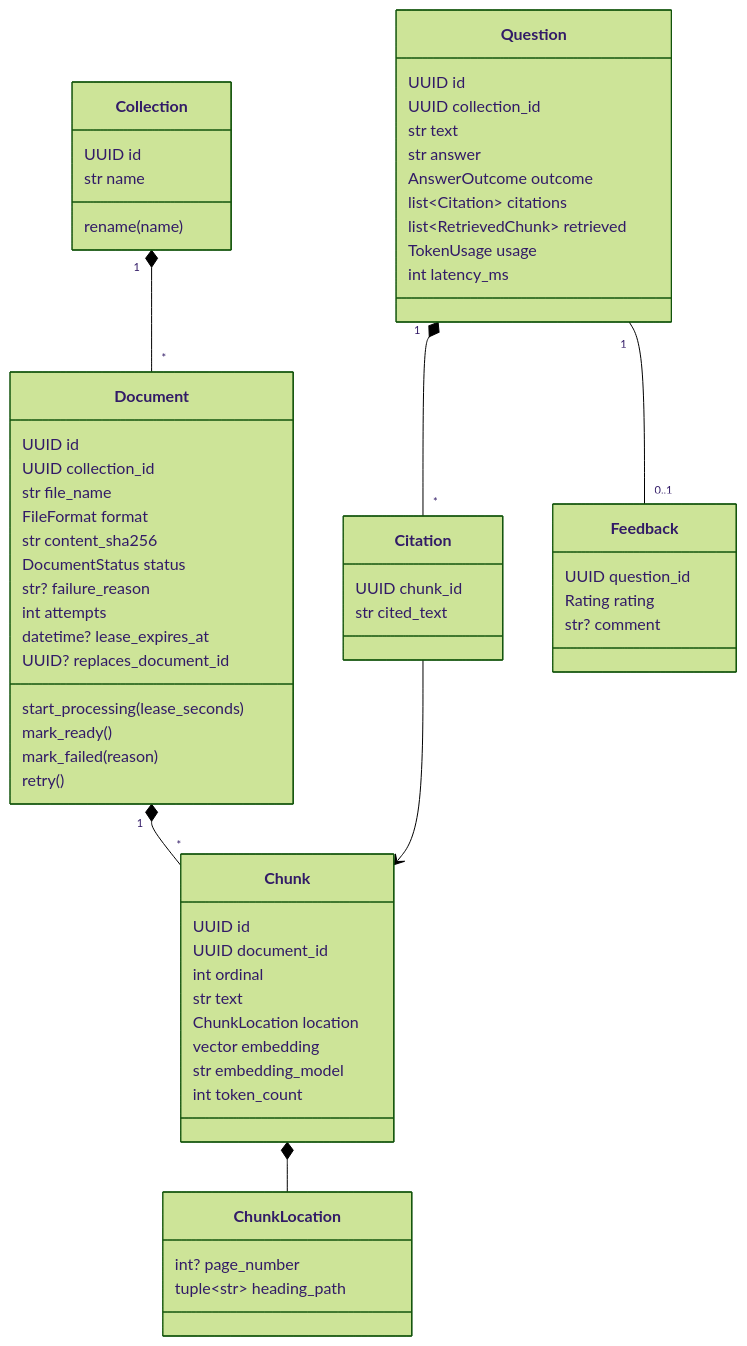
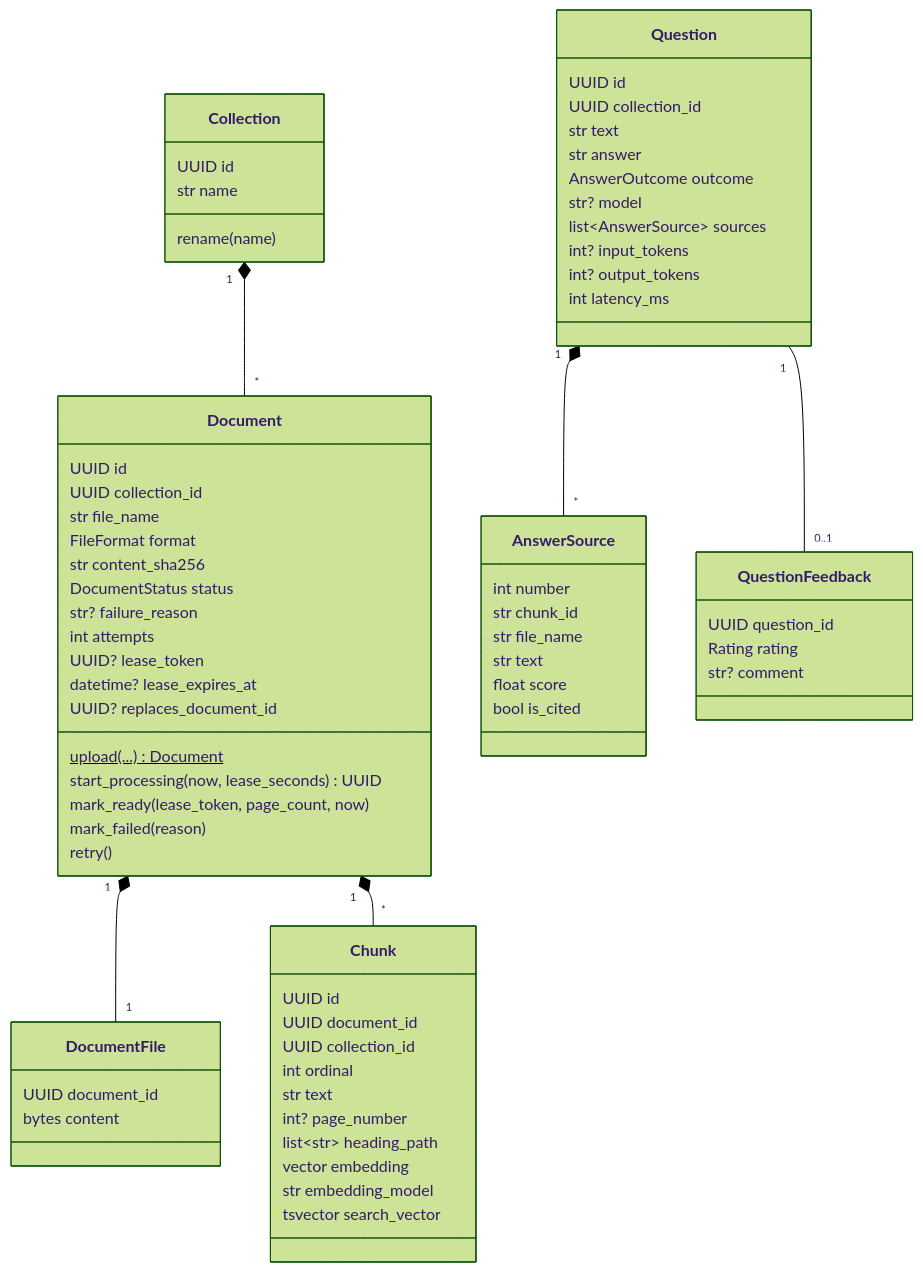
One commit to MadhavRaiTrivedi/docs-qa changed the first of 2 diagrams in docs/domain-model.md. Above: the diagram before and after it, drawn with Mermaid (forest theme). The commit also changed other lines of this file and 2 other files, not shown here.

````diff
--- a/docs/domain-model.md
+++ b/docs/domain-model.md
@@ -7,64 +7,72 @@
 ```mermaid
 classDiagram
     class Collection {
         UUID id
         str name
         rename(name)
     }
     class Document {
         UUID id
         UUID collection_id
         str file_name
         FileFormat format
         str content_sha256
         DocumentStatus status
         str? failure_reason
         int attempts
+        UUID? lease_token
         datetime? lease_expires_at
         UUID? replaces_document_id
-        start_processing(lease_seconds)
-        mark_ready()
+        upload(...)$ Document
+        start_processing(now, lease_seconds) UUID
+        mark_ready(lease_token, page_count, now)
         mark_failed(reason)
         retry()
+    }
+    class DocumentFile {
+        UUID document_id
+        bytes content
     }
     class Chunk {
         UUID id
         UUID document_id
+        UUID collection_id
         int ordinal
         str text
-        ChunkLocation location
+        int? page_number
+        list~str~ heading_path
         vector embedding
         str embedding_model
-        int token_count
-    }
-    class ChunkLocation {
-        int? page_number
-        tuple~str~ heading_path
+        tsvector search_vector
     }
     class Question {
         UUID id
         UUID collection_id
         str text
         str answer
         AnswerOutcome outcome
-        list~Citation~ citations
-        list~RetrievedChunk~ retrieved
-        TokenUsage usage
+        str? model
+        list~AnswerSource~ sources
+        int? input_tokens
+        int? output_tokens
         int latency_ms
     }
-    class Citation {
-        UUID chunk_id
-        str cited_text
+    class AnswerSource {
+        int number
+        str chunk_id
+        str file_name
+        str text
+        float score
+        bool is_cited
     }
-    class Feedback {
+    class QuestionFeedback {
         UUID question_id
         Rating rating
         str? comment
     }
     Collection "1" *-- "*" Document
+    Document "1" *-- "1" DocumentFile
     Document "1" *-- "*" Chunk
-    Chunk *-- ChunkLocation
-    Question "1" *-- "*" Citation
-    Citation --> Chunk
-    Question "1" -- "0..1" Feedback
+    Question "1" *-- "*" AnswerSource
+    Question "1" -- "0..1" QuestionFeedback
 ```
````
